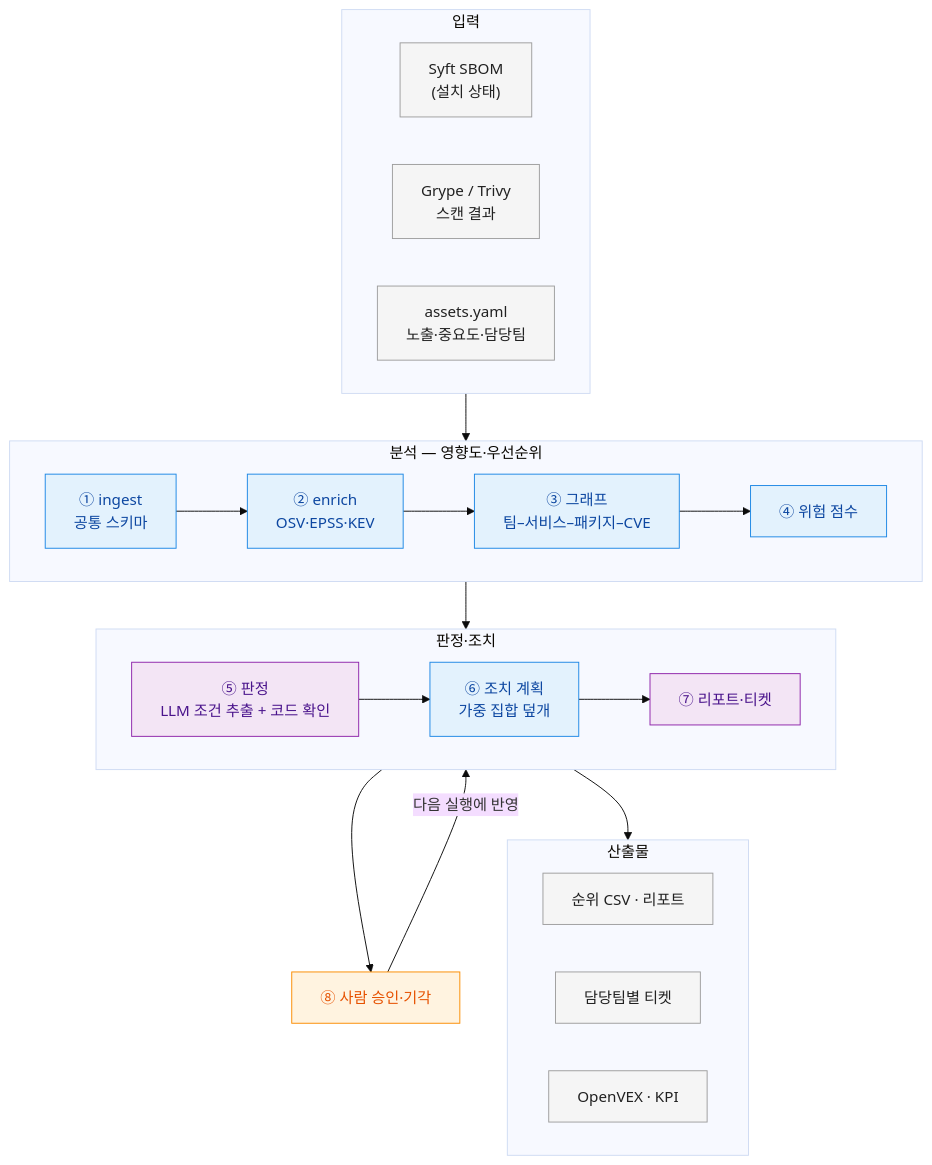
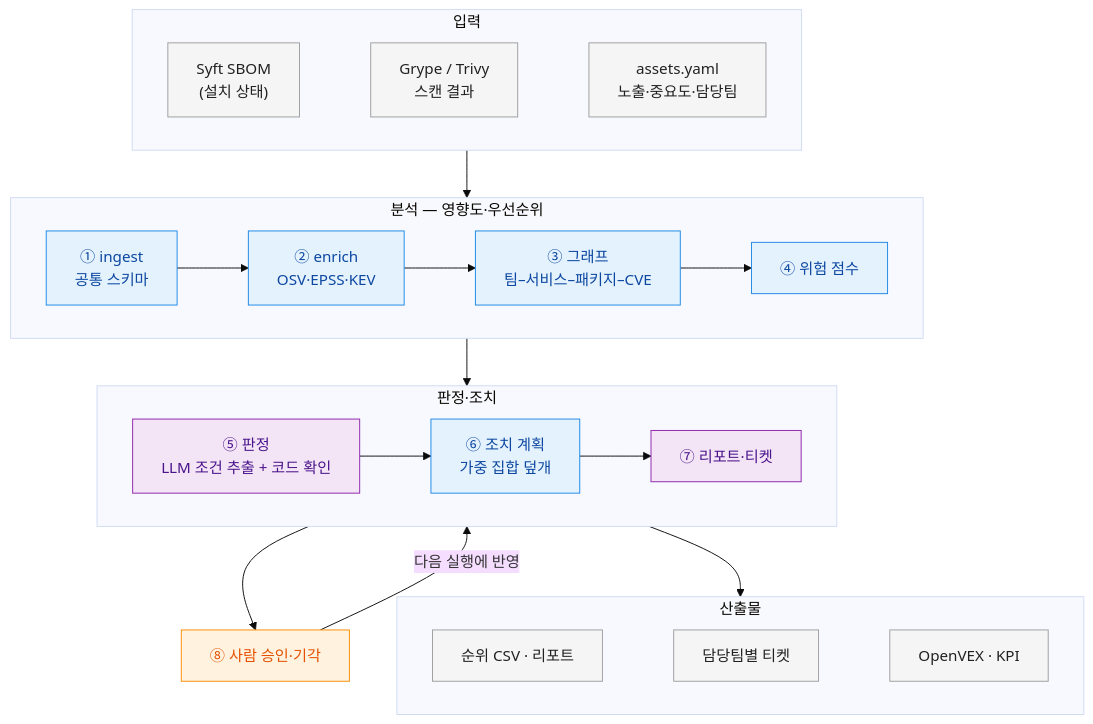
One commit to toowani/supply-chain-agent changed the second of 4 diagrams in README.md. Above: the diagram before and after it, drawn with Mermaid (base theme).

Commit message:
README: lay out input/output boxes horizontally

````diff
--- a/README.md
+++ b/README.md
@@ -31,35 +31,37 @@
 ```mermaid
 flowchart TB
   subgraph IN["입력"]
     direction LR
     s1["Syft SBOM<br/>(설치 상태)"]
     s2["Grype / Trivy<br/>스캔 결과"]
     s3["assets.yaml<br/>노출·중요도·담당팀"]
+    s1 ~~~ s2 ~~~ s3
   end
   subgraph A["분석 — 영향도·우선순위"]
     direction LR
     ing["① ingest<br/>공통 스키마"] --> enr["② enrich<br/>OSV·EPSS·KEV"] --> grp["③ 그래프<br/>팀–서비스–패키지–CVE"] --> scr["④ 위험 점수"]
   end
   subgraph B["판정·조치"]
     direction LR
     jdg["⑤ 판정<br/>LLM 조건 추출 + 코드 확인"] --> pln["⑥ 조치 계획<br/>가중 집합 덮개"] --> rep["⑦ 리포트·티켓"]
   end
   subgraph OUT["산출물"]
     direction LR
     o1["순위 CSV · 리포트"]
     o2["담당팀별 티켓"]
     o3["OpenVEX · KPI"]
+    o1 ~~~ o2 ~~~ o3
   end
   IN --> A --> B --> OUT
   rep --> fb["⑧ 사람 승인·기각"]
   fb -->|다음 실행에 반영| jdg
 
   classDef code fill:#e3f2fd,stroke:#1e88e5,color:#0d47a1
   classDef llm fill:#f3e5f5,stroke:#8e24aa,color:#4a148c
   classDef human fill:#fff3e0,stroke:#fb8c00,color:#e65100
   classDef io fill:#f5f5f5,stroke:#9e9e9e,color:#212121
   class ing,enr,grp,scr,pln code
   class jdg,rep llm
   class fb human
   class s1,s2,s3,o1,o2,o3 io
 ```
````
